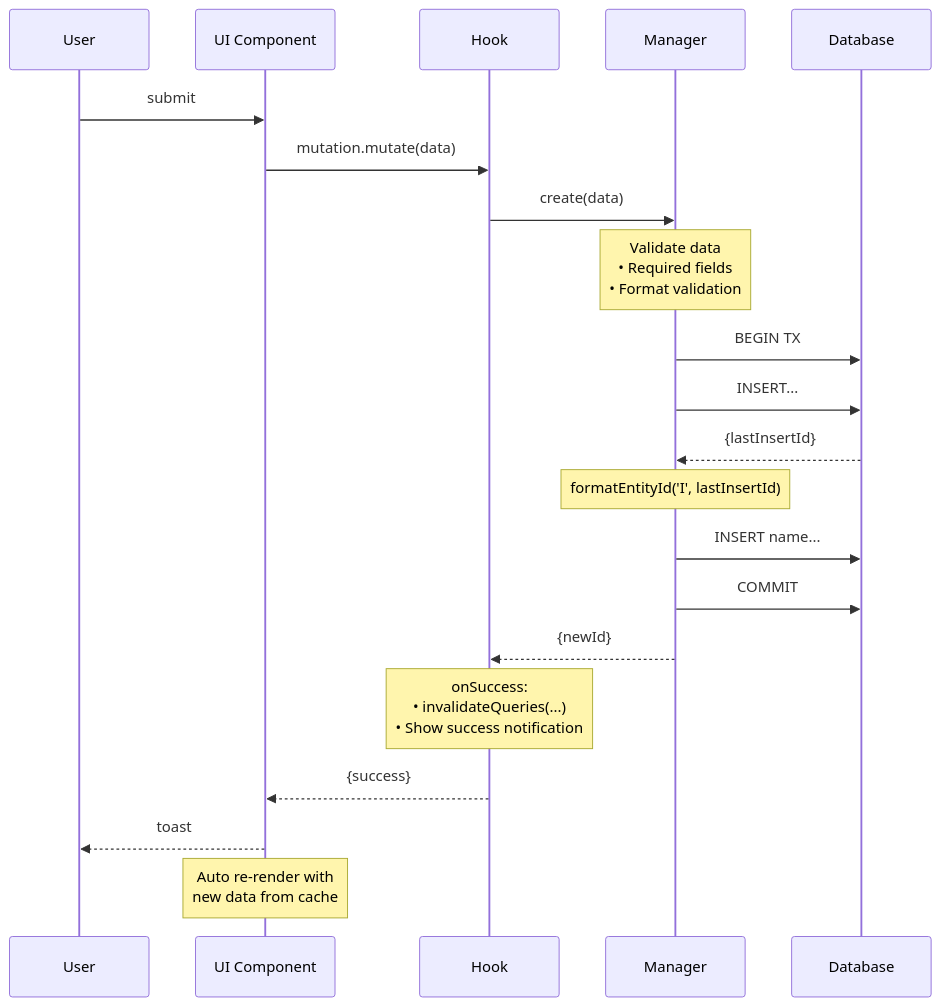
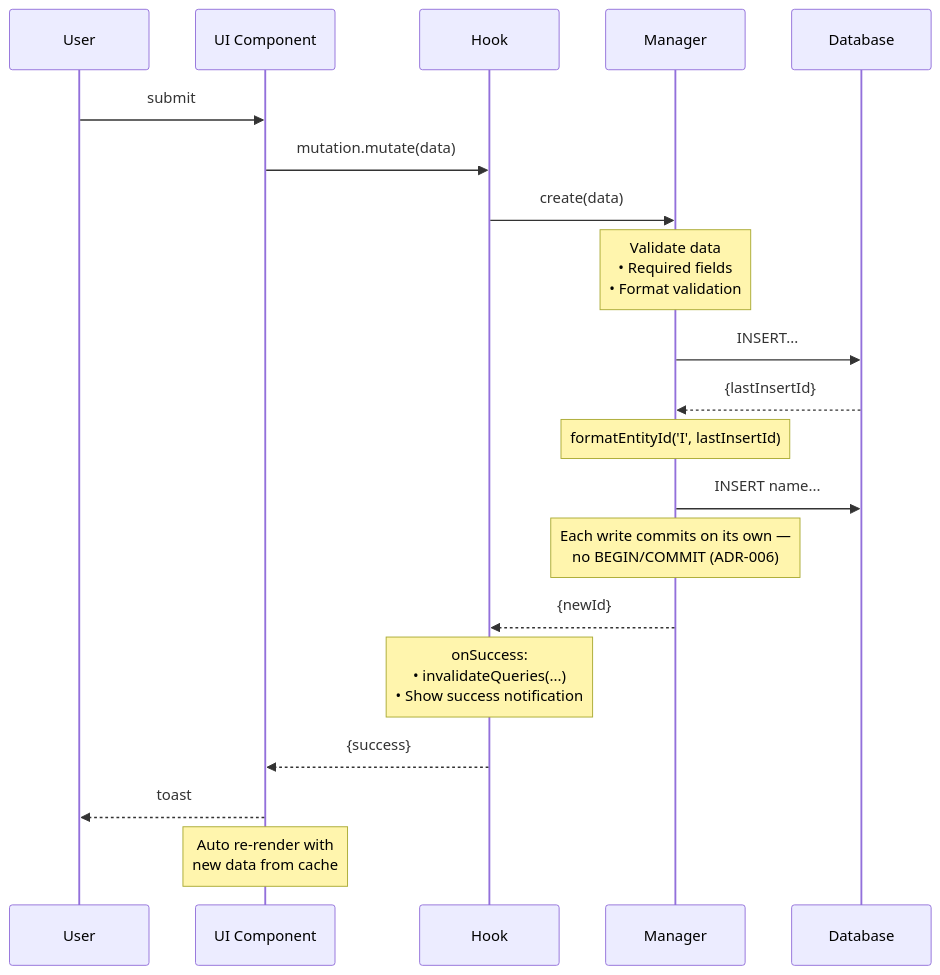
The third of 3 diagrams in docs/architecture/data-flow.md (vata-apps/vata-app), drawn with Mermaid before and after one commit. The commit also changed other lines of this file and 10 other files, not shown here.

First line of the commit message:
fix(db): remove the two BEGIN/COMMIT call sites that break under the SQL plugin's pool (#261)

````diff
--- a/docs/architecture/data-flow.md
+++ b/docs/architecture/data-flow.md
@@ -55,24 +55,23 @@
 ```mermaid
 sequenceDiagram
     participant User
     participant UI as UI Component
     participant Hook
     participant Manager
     participant Database
 
     User->>UI: submit
     UI->>Hook: mutation.mutate(data)
     Hook->>Manager: create(data)
     Note over Manager: Validate data<br/>• Required fields<br/>• Format validation
-    Manager->>Database: BEGIN TX
     Manager->>Database: INSERT...
     Database-->>Manager: {lastInsertId}
     Note over Manager: formatEntityId('I', lastInsertId)
     Manager->>Database: INSERT name...
-    Manager->>Database: COMMIT
+    Note over Manager: Each write commits on its own —<br/>no BEGIN/COMMIT (ADR-006)
     Manager-->>Hook: {newId}
     Note over Hook: onSuccess:<br/>• invalidateQueries(...)<br/>• Show success notification
     Hook-->>UI: {success}
     UI-->>User: toast
     Note over UI: Auto re-render with<br/>new data from cache
 ```
````
